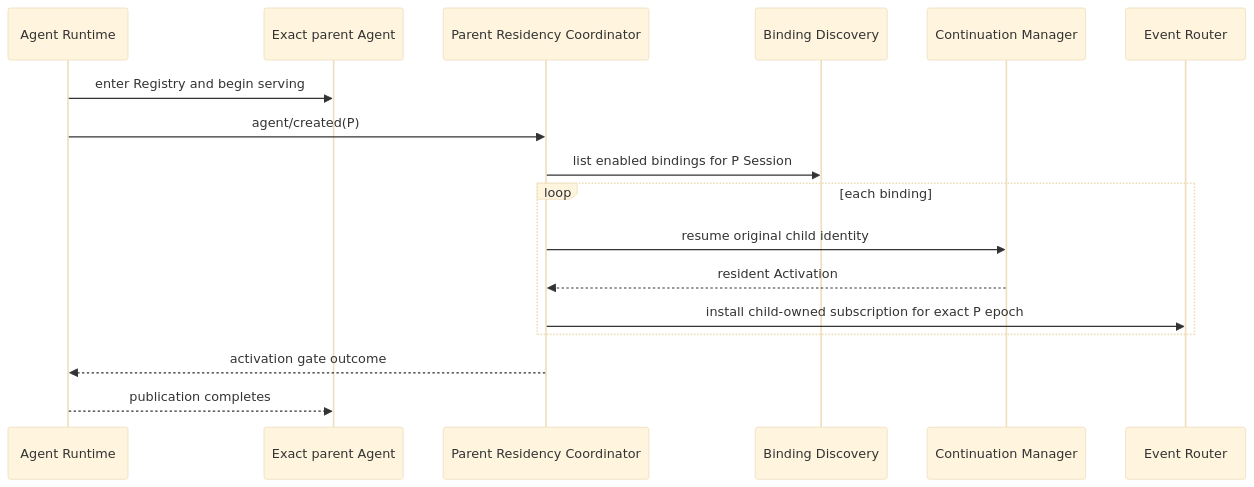
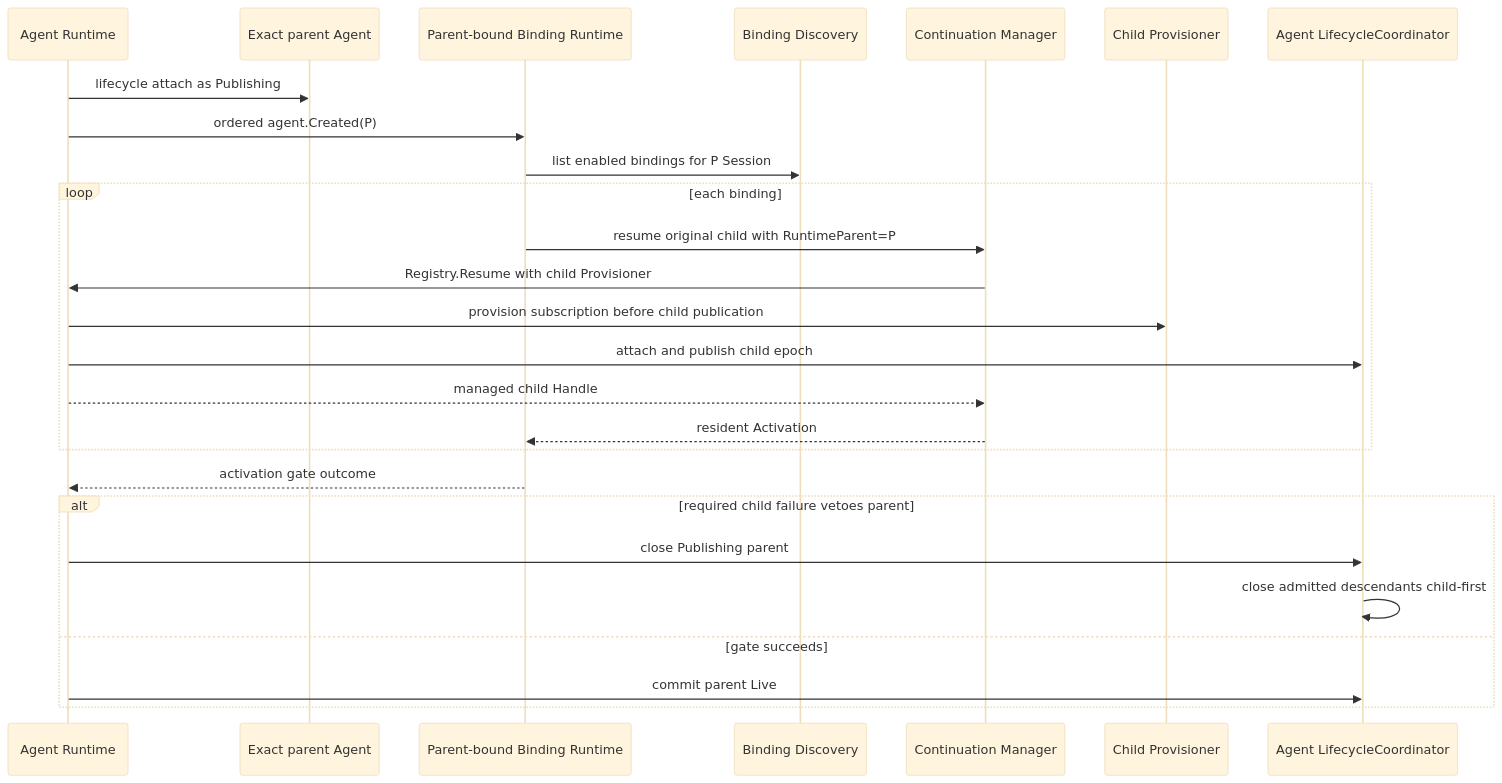
The third of 5 diagrams in subagent/docs/parent-bound-design.zh-CN.md (gorenx/goren), drawn with Mermaid (base theme) before and after one commit. The commit also changed other lines of this file and 14 other files, not shown here.

Commit message:
docs(agent): finalize lifecycle refactor design

````diff
--- a/subagent/docs/parent-bound-design.zh-CN.md
+++ b/subagent/docs/parent-bound-design.zh-CN.md
@@ -293,20 +318,29 @@
 ```mermaid
 sequenceDiagram
     participant AR as Agent Runtime
     participant P as Exact parent Agent
-    participant C as Parent Residency Coordinator
+    participant BR as Parent-bound Binding Runtime
     participant B as Binding Discovery
     participant M as Continuation Manager
-    participant R as Event Router
+    participant V as Child Provisioner
+    participant LC as Agent LifecycleCoordinator
 
-    AR->>P: enter Registry and begin serving
-    AR->>C: agent/created(P)
-    C->>B: list enabled bindings for P Session
+    AR->>P: lifecycle attach as Publishing
+    AR->>BR: ordered agent.Created(P)
+    BR->>B: list enabled bindings for P Session
     loop each binding
-        C->>M: resume original child identity
-        M-->>C: resident Activation
-        C->>R: install child-owned subscription for exact P epoch
+        BR->>M: resume original child with RuntimeParent=P
+        M->>AR: Registry.Resume with child Provisioner
+        AR->>V: provision subscription before child publication
+        AR->>LC: attach and publish child epoch
+        AR-->>M: managed child Handle
+        M-->>BR: resident Activation
     end
-    C-->>AR: activation gate outcome
-    AR-->>P: publication completes
+    BR-->>AR: activation gate outcome
+    alt required child failure vetoes parent
+        AR->>LC: close Publishing parent
+        LC->>LC: close admitted descendants child-first
+    else gate succeeds
+        AR->>LC: commit parent Live
+    end
 ```
````
